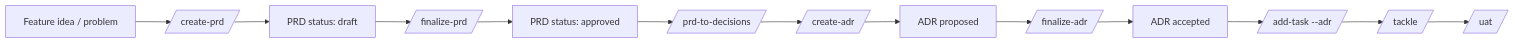
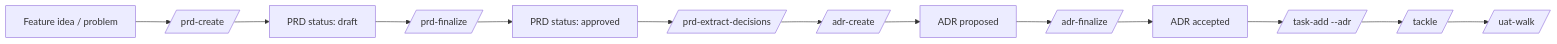
Before and after one commit to codewizard-dt/bootstrap-claude: the first of 2 diagrams in .docs/prd/README.md, drawn with Mermaid. The commit also changed other lines of this file and 61 other files, not shown here.

Commit message:
Rename skills to noun-first scheme, add roadmap-create/add/next skills, and refresh all references

````diff
--- a/.docs/prd/README.md
+++ b/.docs/prd/README.md
@@ -36,15 +36,15 @@
 ```mermaid
 flowchart LR
-    Idea[Feature idea / problem] --> CreatePRD[/create-prd/]
+    Idea[Feature idea / problem] --> CreatePRD[/prd-create/]
     CreatePRD --> Draft[PRD status: draft]
-    Draft --> FinalizePRD[/finalize-prd/]
+    Draft --> FinalizePRD[/prd-finalize/]
     FinalizePRD --> Approved[PRD status: approved]
-    Approved --> PRDToDecisions[/prd-to-decisions/]
-    PRDToDecisions --> CreateADR[/create-adr/]
+    Approved --> PRDToDecisions[/prd-extract-decisions/]
+    PRDToDecisions --> CreateADR[/adr-create/]
     CreateADR --> ProposedADR[ADR proposed]
-    ProposedADR --> FinalizeADR[/finalize-adr/]
+    ProposedADR --> FinalizeADR[/adr-finalize/]
     FinalizeADR --> AcceptedADR[ADR accepted]
-    AcceptedADR --> AddTask[/add-task --adr/]
+    AcceptedADR --> AddTask[/task-add --adr/]
     AddTask --> Tackle[/tackle/]
-    Tackle --> UAT[/uat/]
+    Tackle --> UAT[/uat-walk/]
 ```
````
